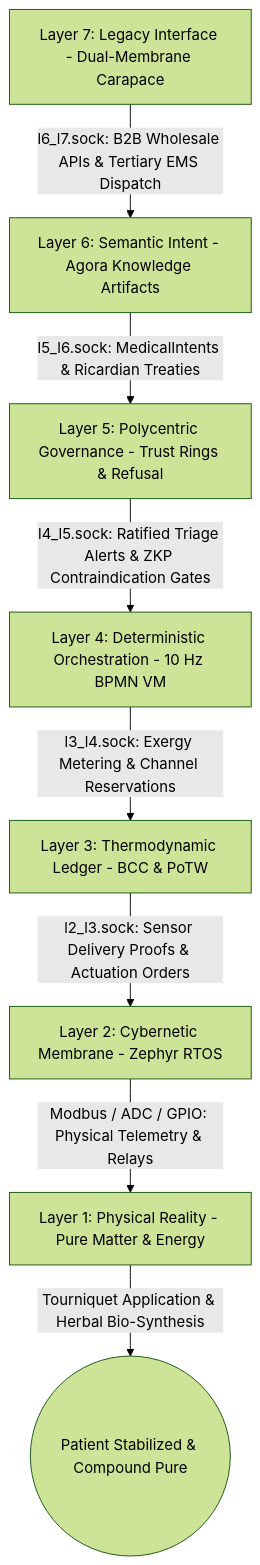
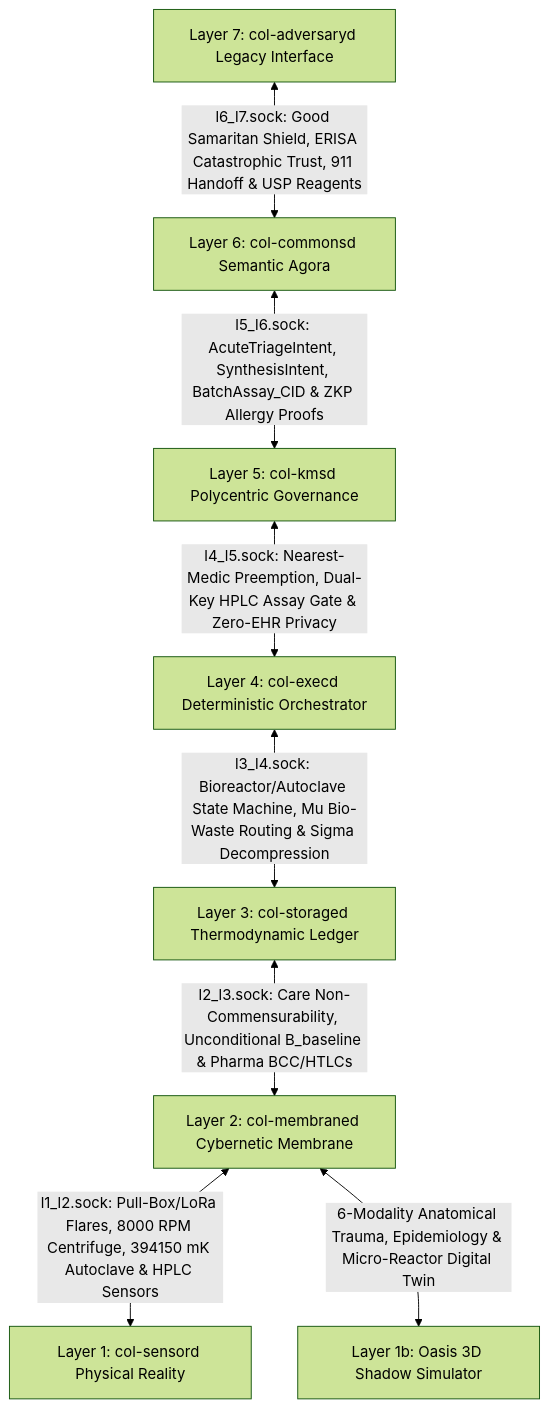
One commit to raffaine/collective changed the second of 3 diagrams in docs/scenarios/chi_paramedic.md. Above: the diagram before and after it, drawn with Mermaid (forest theme). The commit also changed other lines of this file and 33 other files, not shown here.

Commit message:
feat(v3.1): Scenario Zero self-hosting daemons, dual-fidelity blueprints, and clean-slate scenario infrastructure

````diff
--- a/docs/scenarios/chi_paramedic.md
+++ b/docs/scenarios/chi_paramedic.md
@@ -42,10 +82,10 @@
 ```mermaid
 graph TD
-    L7[Layer 7: Legacy Interface - Dual-Membrane Carapace] -->|l6_l7.sock: B2B Wholesale APIs & Tertiary EMS Dispatch| L6[Layer 6: Semantic Intent - Agora Knowledge Artifacts]
-    L6 -->|l5_l6.sock: MedicalIntents & Ricardian Treaties| L5[Layer 5: Polycentric Governance - Trust Rings & Refusal]
-    L5 -->|l4_l5.sock: Ratified Triage Alerts & ZKP Contraindication Gates| L4[Layer 4: Deterministic Orchestration - 10 Hz BPMN VM]
-    L4 -->|l3_l4.sock: Exergy Metering & Channel Reservations| L3[Layer 3: Thermodynamic Ledger - BCC & PoTW]
-    L3 -->|l2_l3.sock: Sensor Delivery Proofs & Actuation Orders| L2[Layer 2: Cybernetic Membrane - Zephyr RTOS]
-    L2 -->|Modbus / ADC / GPIO: Physical Telemetry & Relays| L1[Layer 1: Physical Reality - Pure Matter & Energy]
-    L1 -->|Tourniquet Application & Herbal Bio-Synthesis| End((Patient Stabilized & Compound Pure))
+    L7[Layer 7: col-adversaryd Legacy Interface] <-->|l6_l7.sock: Good Samaritan Shield, ERISA Catastrophic Trust, 911 Handoff & USP Reagents| L6[Layer 6: col-commonsd Semantic Agora]
+    L6 <-->|l5_l6.sock: AcuteTriageIntent, SynthesisIntent, BatchAssay_CID & ZKP Allergy Proofs| L5[Layer 5: col-kmsd Polycentric Governance]
+    L5 <-->|l4_l5.sock: Nearest-Medic Preemption, Dual-Key HPLC Assay Gate & Zero-EHR Privacy| L4[Layer 4: col-execd Deterministic Orchestrator]
+    L4 <-->|l3_l4.sock: Bioreactor/Autoclave State Machine, Mu Bio-Waste Routing & Sigma Decompression| L3[Layer 3: col-storaged Thermodynamic Ledger]
+    L3 <-->|l2_l3.sock: Care Non-Commensurability, Unconditional B_baseline & Pharma BCC/HTLCs| L2[Layer 2: col-membraned Cybernetic Membrane]
+    L2 <-->|l1_l2.sock: Pull-Box/LoRa Flares, 8000 RPM Centrifuge, 394150 mK Autoclave & HPLC Sensors| L1[Layer 1: col-sensord Physical Reality]
+    L2 <-->|6-Modality Anatomical Trauma, Epidemiology & Micro-Reactor Digital Twin| L1b[Layer 1b: Oasis 3D Shadow Simulator]
 ```
````
